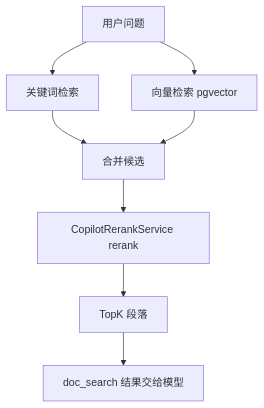
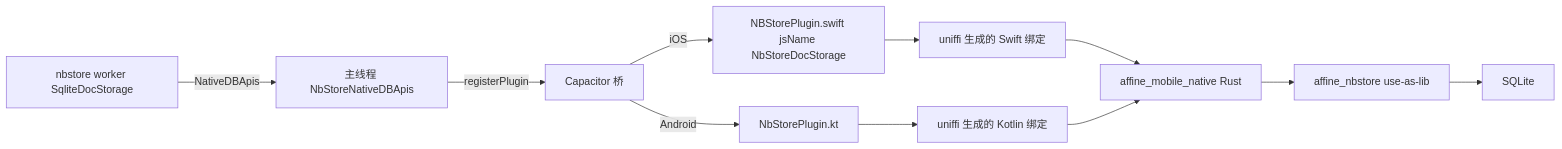
Before and after one commit to lfire/AFFiNE: the sixth of 6 diagrams in learning-guide/slides/decks/24.md, drawn with Mermaid. The commit also changed other lines of this file and 73 other files, not shown here.

````diff
--- a/learning-guide/slides/decks/24.md
+++ b/learning-guide/slides/decks/24.md
@@ -236,10 +459,13 @@
 ```mermaid
-flowchart TB
-  Q["用户问题"] --> L["关键词检索"]
-  Q --> V["向量检索 pgvector"]
-  L --> M["合并候选"]
-  V --> M
-  M --> R["CopilotRerankService rerank"]
-  R --> K["TopK 段落"]
-  K --> T["doc_search 结果交给模型"]
+flowchart LR
+  A["nbstore worker SqliteDocStorage"] -->|NativeDBApis| B["主线程 NbStoreNativeDBApis"]
+  B -->|registerPlugin| C["Capacitor 桥"]
+  C -->|iOS| D["NBStorePlugin.swift jsName NbStoreDocStorage"]
+  C -->|Android| E["NbStorePlugin.kt"]
+  D --> F["uniffi 生成的 Swift 绑定"]
+  E --> G["uniffi 生成的 Kotlin 绑定"]
+  F --> H["affine_mobile_native Rust"]
+  G --> H
+  H --> I["affine_nbstore use-as-lib"]
+  I --> J["SQLite"]
 ```
````
